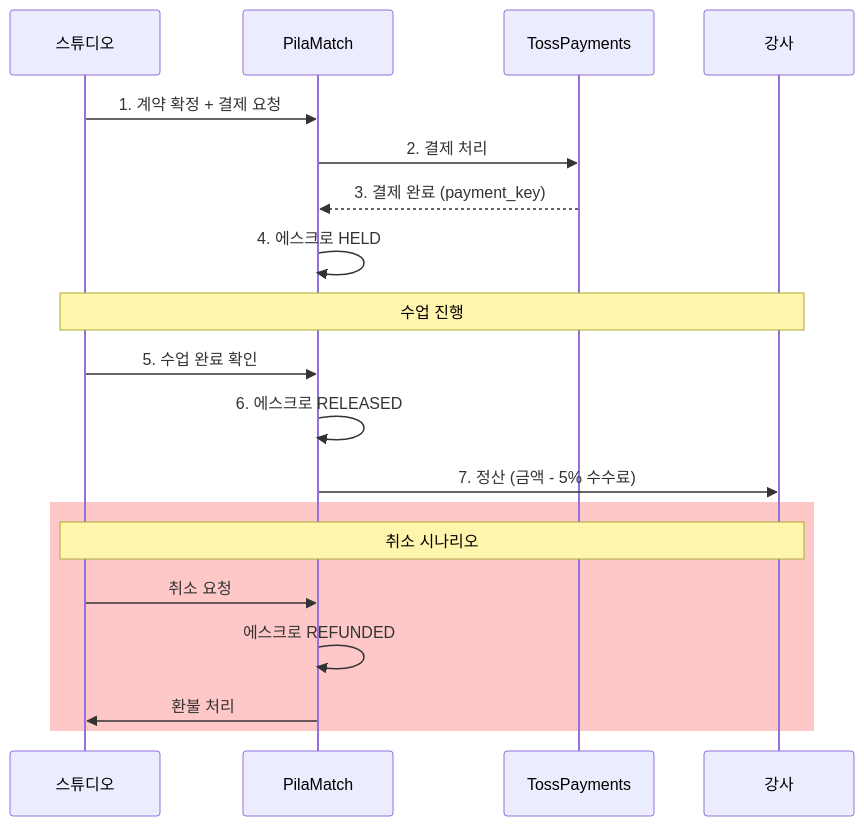
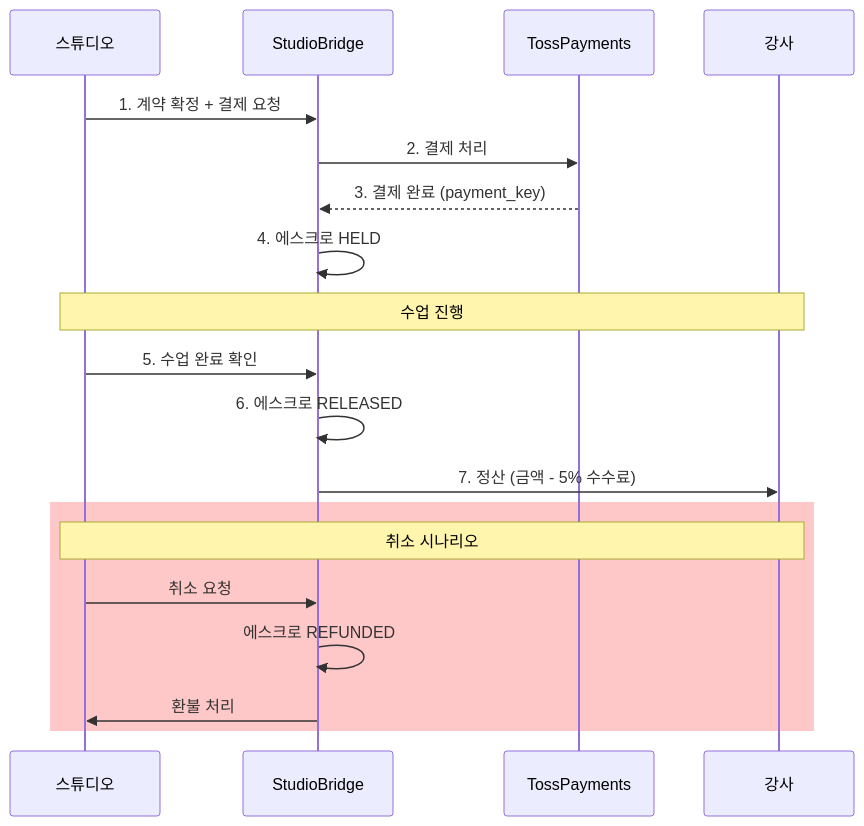
One commit to MaduJoe/PilaMatch changed the fifth of 8 diagrams in README.md. Above: the diagram before and after it, drawn with Mermaid. The commit also changed other lines of this file and 4 other files, not shown here.

````diff
--- a/README.md
+++ b/README.md
@@ -952,25 +952,25 @@
 ```mermaid
 sequenceDiagram
     participant S as 스튜디오
-    participant P as PilaMatch
+    participant P as StudioBridge
     participant T as TossPayments
     participant I as 강사
 
     S->>P: 1. 계약 확정 + 결제 요청
     P->>T: 2. 결제 처리
     T-->>P: 3. 결제 완료 (payment_key)
     P->>P: 4. 에스크로 HELD
 
     Note over S,I: 수업 진행
 
     S->>P: 5. 수업 완료 확인
     P->>P: 6. 에스크로 RELEASED
     P->>I: 7. 정산 (금액 - 5% 수수료)
 
     rect rgb(255, 200, 200)
         Note over S,I: 취소 시나리오
         S->>P: 취소 요청
         P->>P: 에스크로 REFUNDED
         P->>S: 환불 처리
     end
 ```
````
